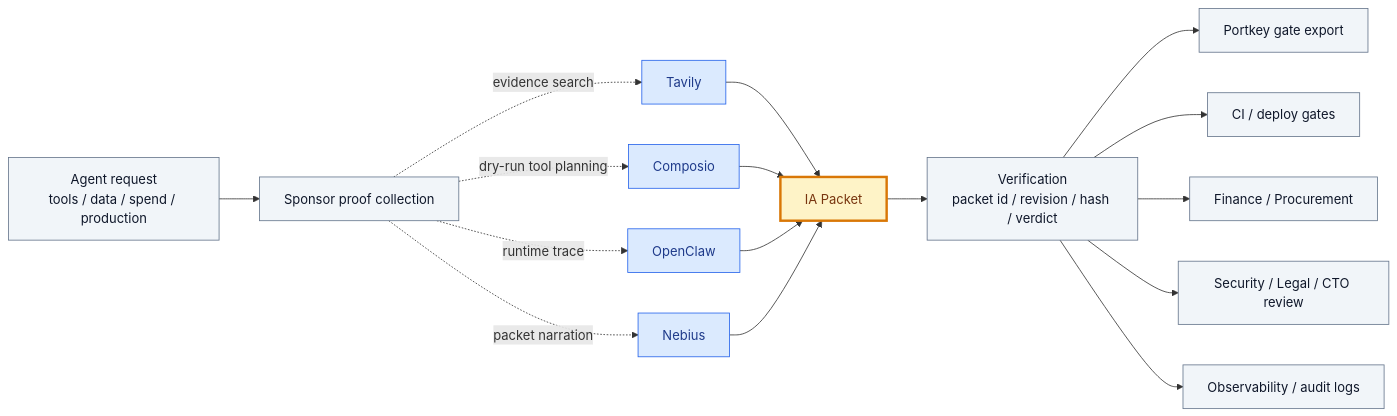
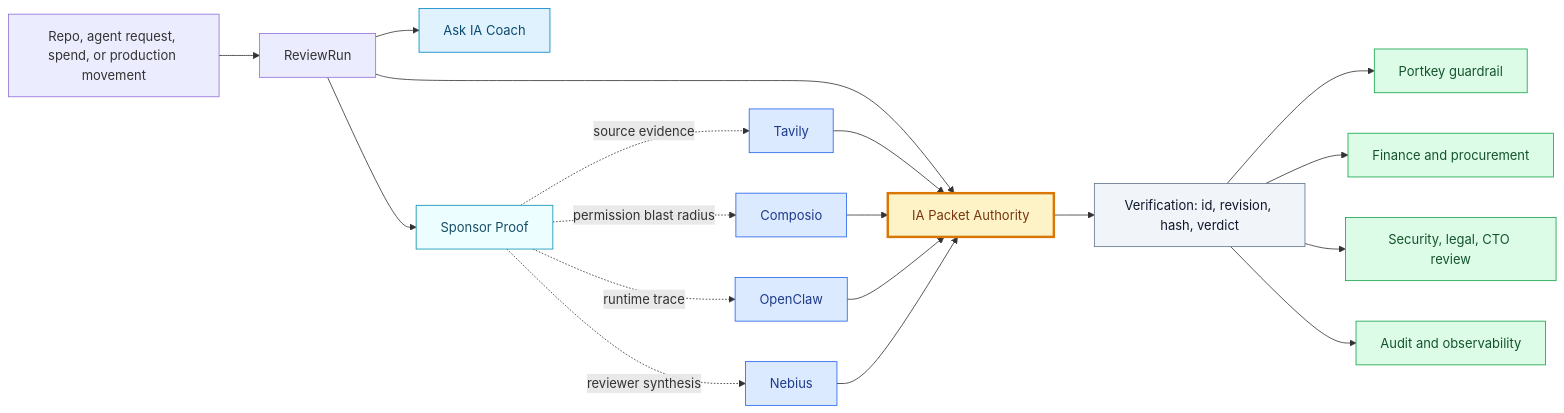
The diagram in README.md (jayeshsuyal/inferenceatlas-agent-demo), drawn with Mermaid before and after one commit. The commit also changed other lines of this file and 4 other files, not shown here.

````diff
--- a/README.md
+++ b/README.md
@@ -50,21 +71,27 @@
 ```mermaid
 flowchart LR
-  A["Agent request<br/>tools / data / spend / production"] --> S["Sponsor proof collection"]
-  S -. "evidence search" .-> T["Tavily"]:::sponsor
-  S -. "dry-run tool planning" .-> C["Composio"]:::sponsor
-  S -. "runtime trace" .-> O["OpenClaw"]:::sponsor
-  S -. "packet narration" .-> N["Nebius"]:::sponsor
-  T --> P["IA Packet"]:::hero
-  C --> P
+  A["Repo, agent request, spend, or production movement"] --> R["ReviewRun"]
+  R --> P["IA Packet Authority"]:::hero
+  R --> C["Ask IA Coach"]:::coach
+  R --> G["Sponsor Proof"]:::proof
+  G -. "source evidence" .-> T["Tavily"]:::sponsor
+  G -. "permission blast radius" .-> M["Composio"]:::sponsor
+  G -. "runtime trace" .-> O["OpenClaw"]:::sponsor
+  G -. "reviewer synthesis" .-> N["Nebius"]:::sponsor
+  T --> P
+  M --> P
   O --> P
   N --> P
-  P --> V["Verification<br/>packet id / revision / hash / verdict"]
-  V --> PK["Portkey gate export"]
-  V --> CI["CI / deploy gates"]
-  V --> F["Finance / Procurement"]
-  V --> R["Security / Legal / CTO review"]
-  V --> OBS["Observability / audit logs"]
+  P --> V["Verification: id, revision, hash, verdict"]:::verify
+  V --> K["Portkey guardrail"]:::downstream
+  V --> F["Finance and procurement"]:::downstream
+  V --> S["Security, legal, CTO review"]:::downstream
+  V --> L["Audit and observability"]:::downstream
+
   classDef hero fill:#fef3c7,stroke:#d97706,stroke-width:3px,color:#78350f;
+  classDef coach fill:#e0f2fe,stroke:#0284c7,color:#0c4a6e;
+  classDef proof fill:#ecfeff,stroke:#0891b2,color:#164e63;
   classDef sponsor fill:#dbeafe,stroke:#2563eb,color:#1e3a8a;
-  classDef default fill:#f1f5f9,stroke:#64748b,color:#0f172a;
+  classDef verify fill:#f1f5f9,stroke:#64748b,color:#0f172a;
+  classDef downstream fill:#dcfce7,stroke:#16a34a,color:#14532d;
 ```
````
